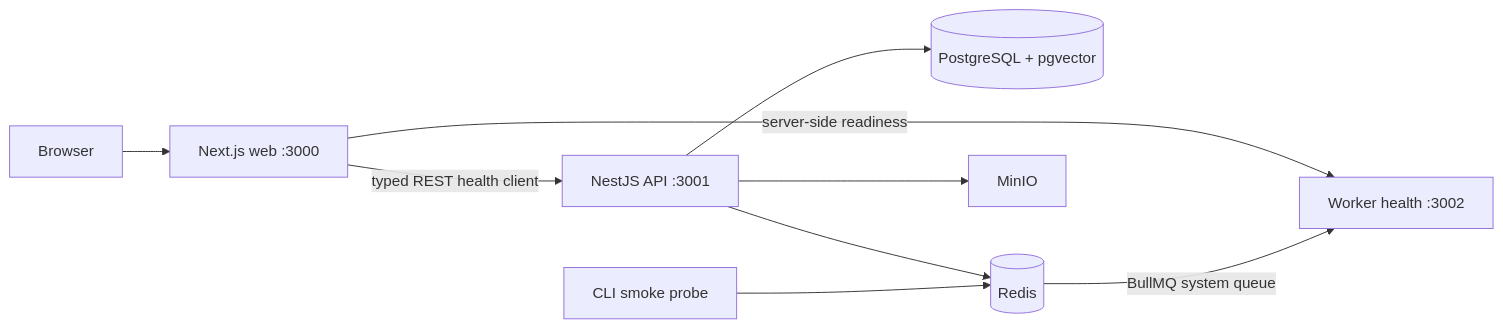
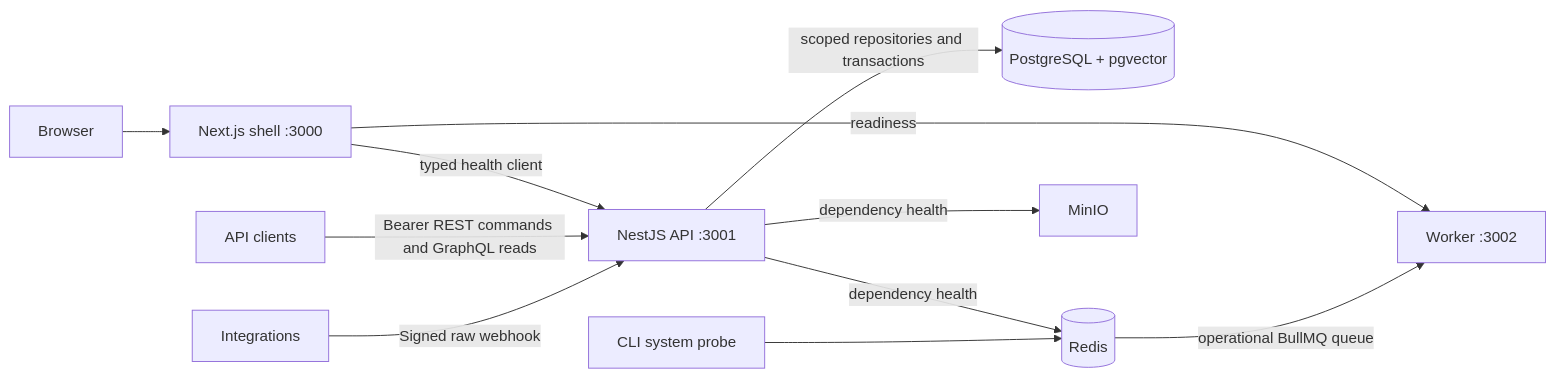
Before and after one commit to Toki001/resolvehub: the diagram in docs/architecture/README.md, drawn with Mermaid. The commit also changed other lines of this file and 70 other files, not shown here.

````diff
--- a/docs/architecture/README.md
+++ b/docs/architecture/README.md
@@ -5,11 +5,13 @@
 ```mermaid
 flowchart LR
-  Browser --> Web[Next.js web :3000]
-  Web -->|typed REST health client| API[NestJS API :3001]
-  Web -->|server-side readiness| Worker[Worker health :3002]
-  API --> DB[(PostgreSQL + pgvector)]
-  API --> Redis[(Redis)]
-  API --> Storage[MinIO]
-  Probe[CLI smoke probe] --> Redis
-  Redis -->|BullMQ system queue| Worker
+  Browser --> Web[Next.js shell :3000]
+  Web -->|typed health client| API[NestJS API :3001]
+  Web -->|readiness| Worker[Worker :3002]
+  Clients[API clients] -->|Bearer REST commands and GraphQL reads| API
+  Integrations -->|Signed raw webhook| API
+  API -->|scoped repositories and transactions| DB[(PostgreSQL + pgvector)]
+  API -->|dependency health| Redis[(Redis)]
+  API -->|dependency health| Storage[MinIO]
+  Probe[CLI system probe] --> Redis
+  Redis -->|operational BullMQ queue| Worker
 ```
````
